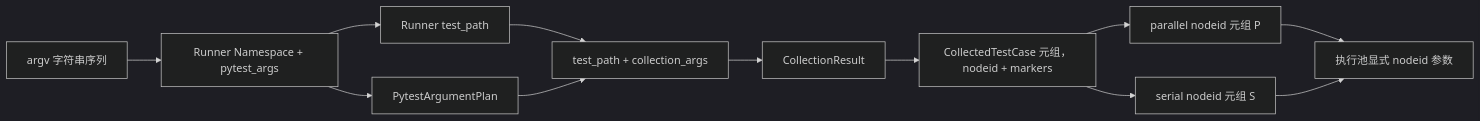
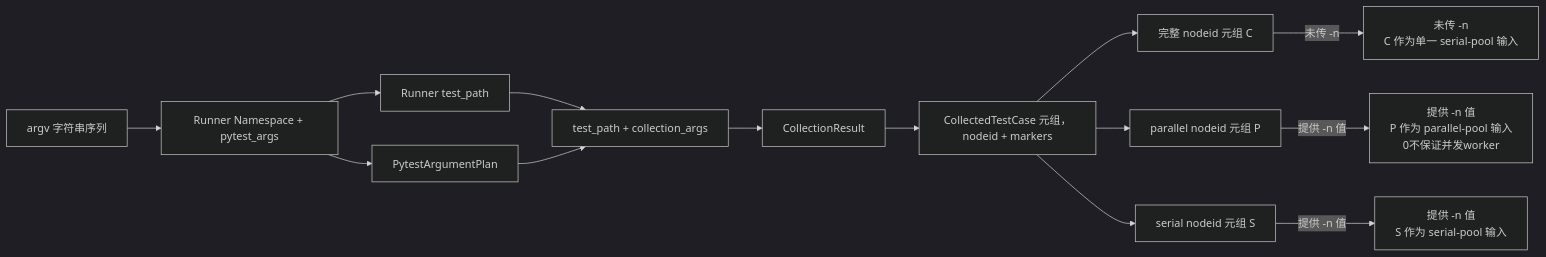
The fourth of 5 diagrams in course/第13课-Runner像车站调度系统.md (wjy801/llm_api_case), drawn with Mermaid (dark theme) before and after one commit. The commit also changed other lines of this file and 6 other files, not shown here.

````diff
--- a/course/第13课-Runner像车站调度系统.md
+++ b/course/第13课-Runner像车站调度系统.md
@@ -951,25 +1188,30 @@
 ```mermaid
 flowchart LR
     ARGV["argv 字符串序列"]
     CLI_RESULT["Runner Namespace + pytest_args"]
     TEST_PATH["Runner test_path"]
     ARG_PLAN["PytestArgumentPlan"]
     COLLECTION_INPUT["test_path + collection_args"]
     COLLECTION["CollectionResult"]
     CASES["CollectedTestCase 元组，nodeid + markers"]
+    ALL_NODEIDS["完整 nodeid 元组 C"]
     PARALLEL["parallel nodeid 元组 P"]
     SERIAL["serial nodeid 元组 S"]
-    POOL_INPUT["执行池显式 nodeid 参数"]
+    ONE_POOL_INPUT["未传 -n<br/>C 作为单一 serial-pool 输入"]
+    PARALLEL_INPUT["提供 -n 值<br/>P 作为 parallel-pool 输入<br/>0不保证并发worker"]
+    SERIAL_INPUT["提供 -n 值<br/>S 作为 serial-pool 输入"]
 
     ARGV --> CLI_RESULT
     CLI_RESULT --> TEST_PATH
     CLI_RESULT --> ARG_PLAN
     TEST_PATH --> COLLECTION_INPUT
     ARG_PLAN --> COLLECTION_INPUT
     COLLECTION_INPUT --> COLLECTION
     COLLECTION --> CASES
+    CASES --> ALL_NODEIDS
     CASES --> PARALLEL
     CASES --> SERIAL
-    PARALLEL --> POOL_INPUT
-    SERIAL --> POOL_INPUT
+    ALL_NODEIDS -->|未传 -n| ONE_POOL_INPUT
+    PARALLEL -->|提供 -n 值| PARALLEL_INPUT
+    SERIAL -->|提供 -n 值| SERIAL_INPUT
 ```
````
